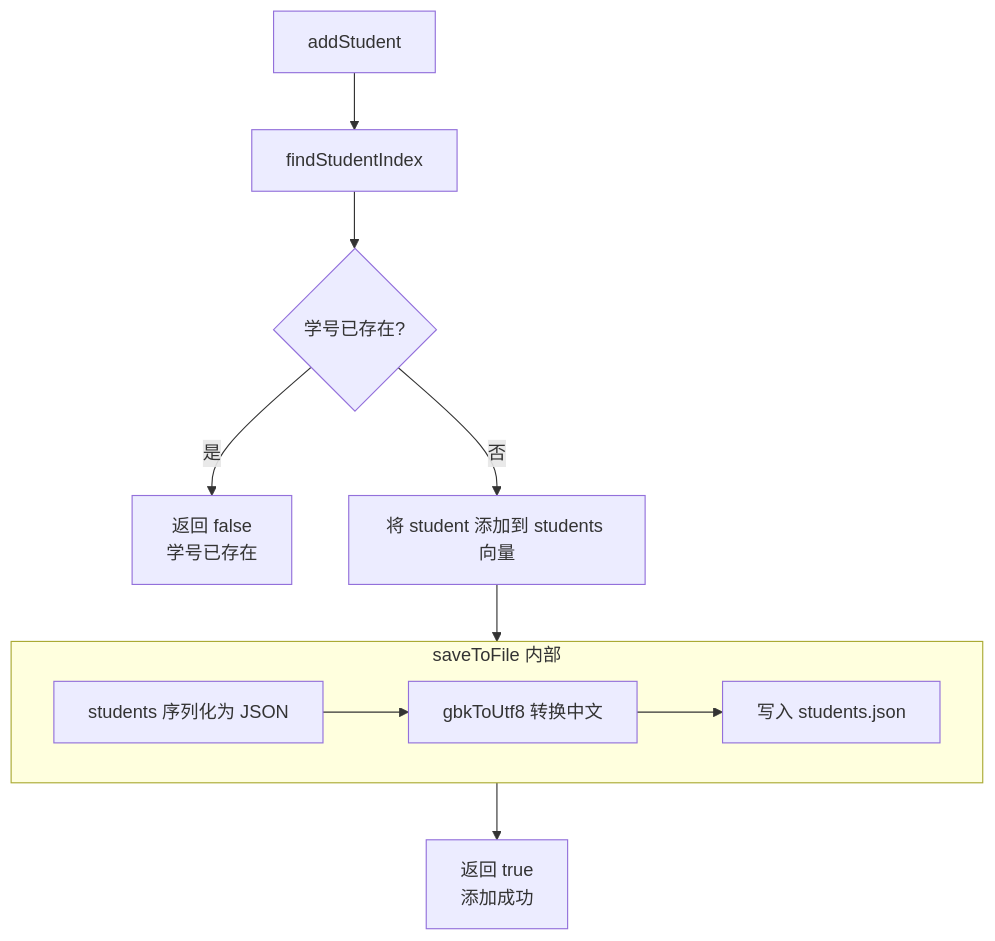
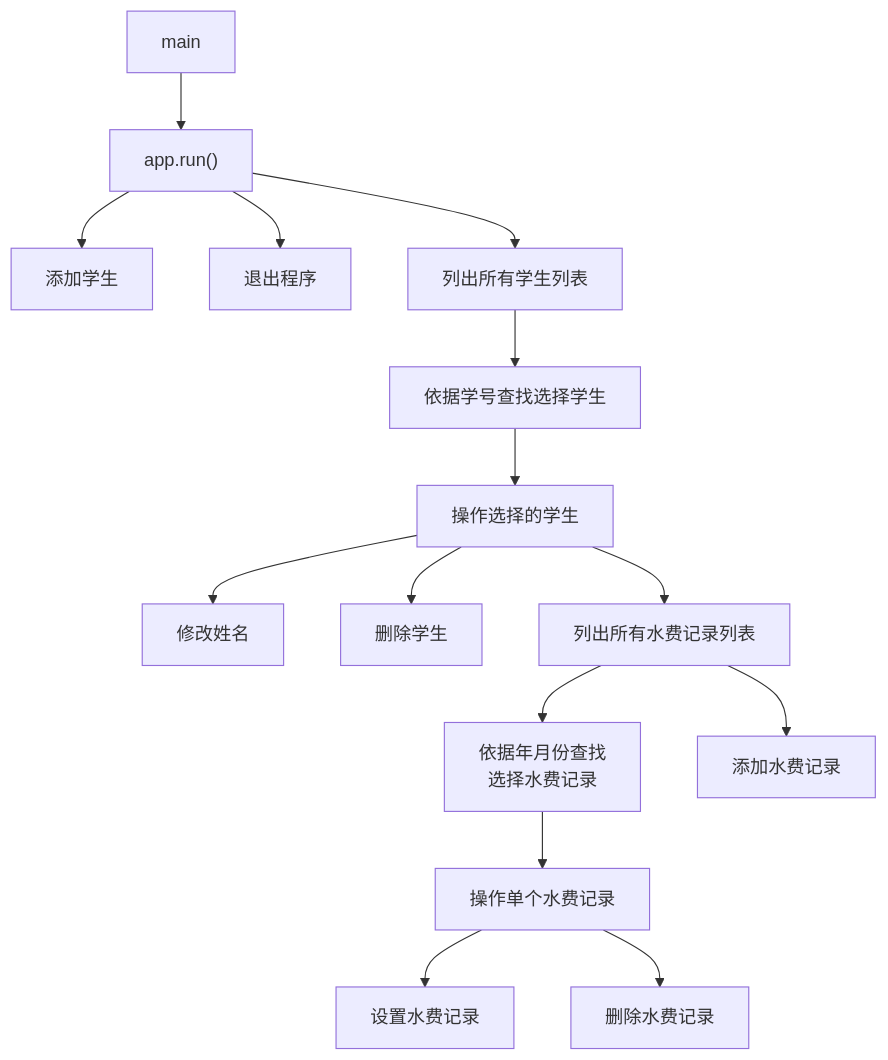
The first of 6 diagrams in README.md (forer-lika777/Heyiwei), drawn with Mermaid before and after one commit. The commit also changed other lines of this file and 7 other files, not shown here.

````diff
--- a/README.md
+++ b/README.md
@@ -38,16 +57,23 @@
 ```mermaid
 flowchart TD
-    A[addStudent] --> B[findStudentIndex]
-    B --> C{学号已存在?}
-    C -->|是| D[返回 false<br>学号已存在]
-    
-    C -->|否| E[将 student 添加到 students 向量]
-    E --> F[saveToFile]
-    
-    subgraph F [saveToFile 内部]
-        F1[students 序列化为 JSON] --> F2[gbkToUtf8 转换中文]
-        F2 --> F3[写入 students.json]
-    end
-    
-    F --> G[返回 true<br>添加成功]
+    main[main] --> app_run["app.run()"]
+
+    app_run -->enter_student[添加学生]
+    app_run -->exit_program[退出程序]
+    app_run -->list_all_students[列出所有学生列表]
+
+    list_all_students --> find_student[依据学号查找选择学生]
+    find_student --> operate_student[操作选择的学生]
+
+    operate_student --> set_name[修改姓名]
+    operate_student --> delete_student[删除学生]
+    operate_student --> list_records[列出所有水费记录列表]
+
+    list_records --> find_record[依据年月份查找<br/>选择水费记录]
+    list_records --> add_record[添加水费记录]
+
+    find_record --> operate_record[操作单个水费记录]
+
+    operate_record --> set_record[设置水费记录]
+    operate_record --> delete_record[删除水费记录]
 ```
````
